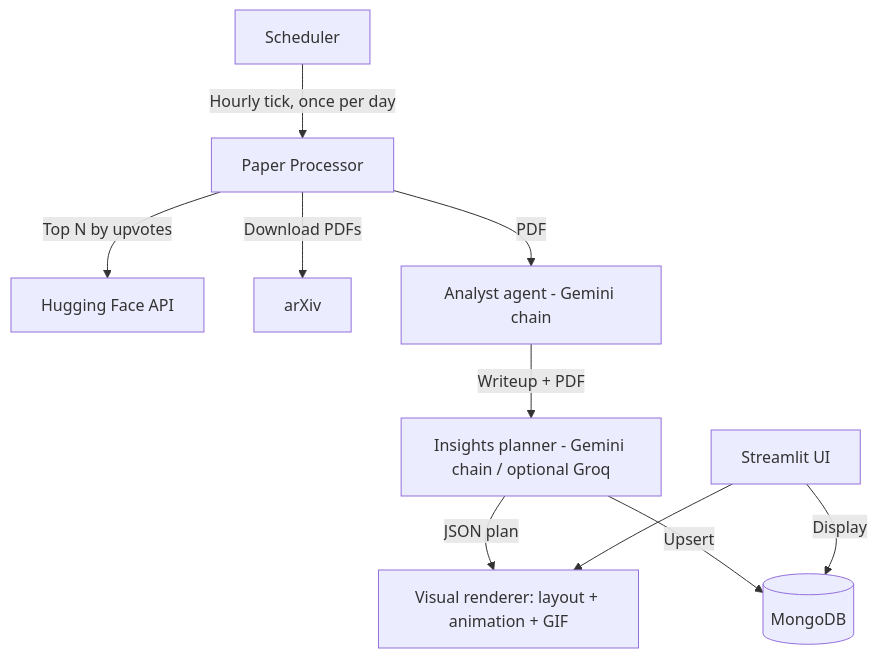
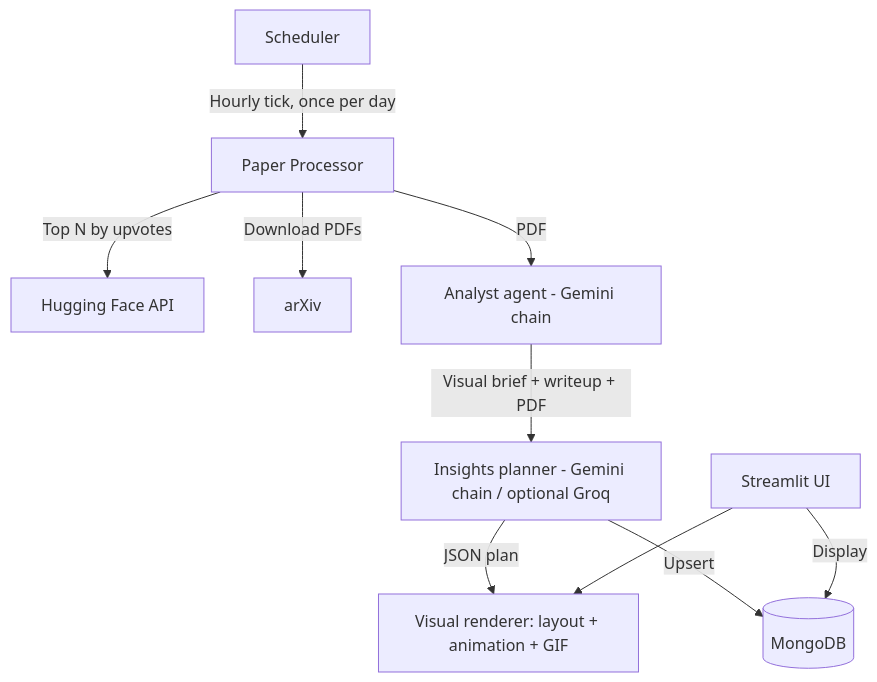
Before and after one commit to smokeyScraper/PaperFlux: the diagram in README.md, drawn with Mermaid. The commit also changed other lines of this file and 21 other files, not shown here.

Commit message:
feat: Insights/Diagrams generation enhancements

````diff
--- a/README.md
+++ b/README.md
@@ -39,12 +39,12 @@
 ```mermaid
    flowchart TD
       A[Scheduler] -->|Hourly tick, once per day| B[Paper Processor]
       B -->|Top N by upvotes| C[Hugging Face API]
       B -->|Download PDFs| D[arXiv]
       B -->|PDF| E[Analyst agent - Gemini chain]
-      E -->|Writeup + PDF| I[Insights planner - Gemini chain / optional Groq]
+      E -->|Visual brief + writeup + PDF| I[Insights planner - Gemini chain / optional Groq]
       I -->|JSON plan| R[Visual renderer: layout + animation + GIF]
       I -->|Upsert| F[(MongoDB)]
       G[Streamlit UI] -->|Display| F
       G --> R
 ```
````
